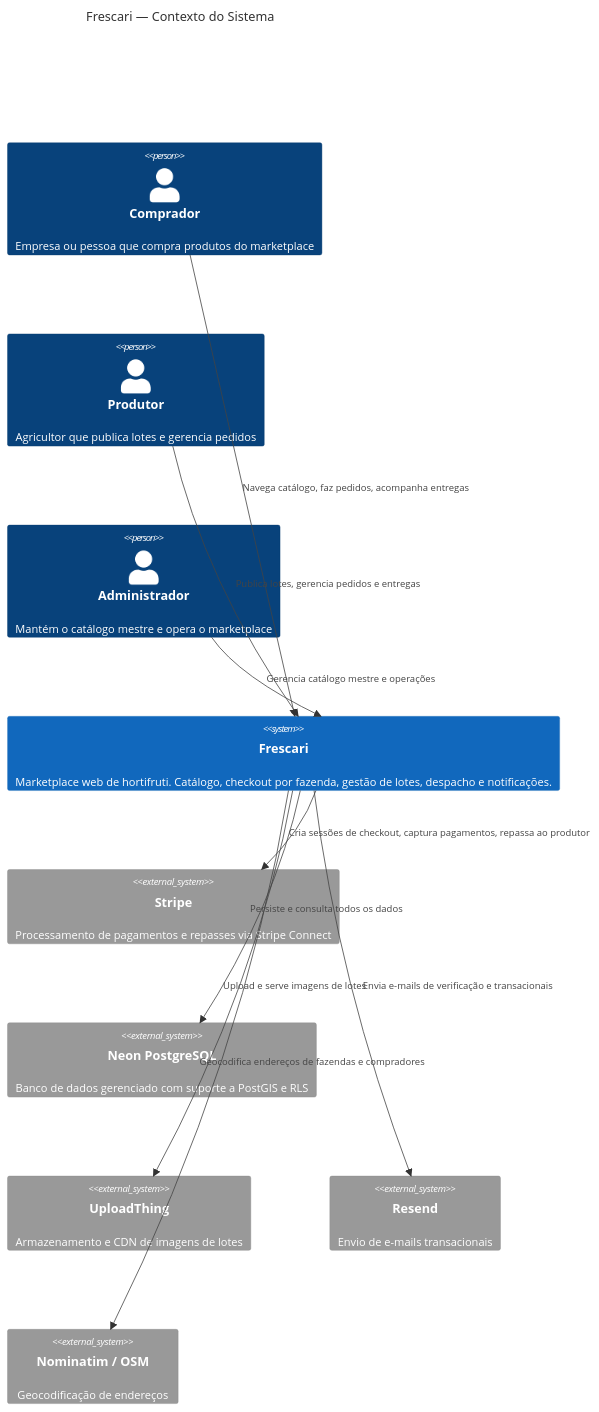
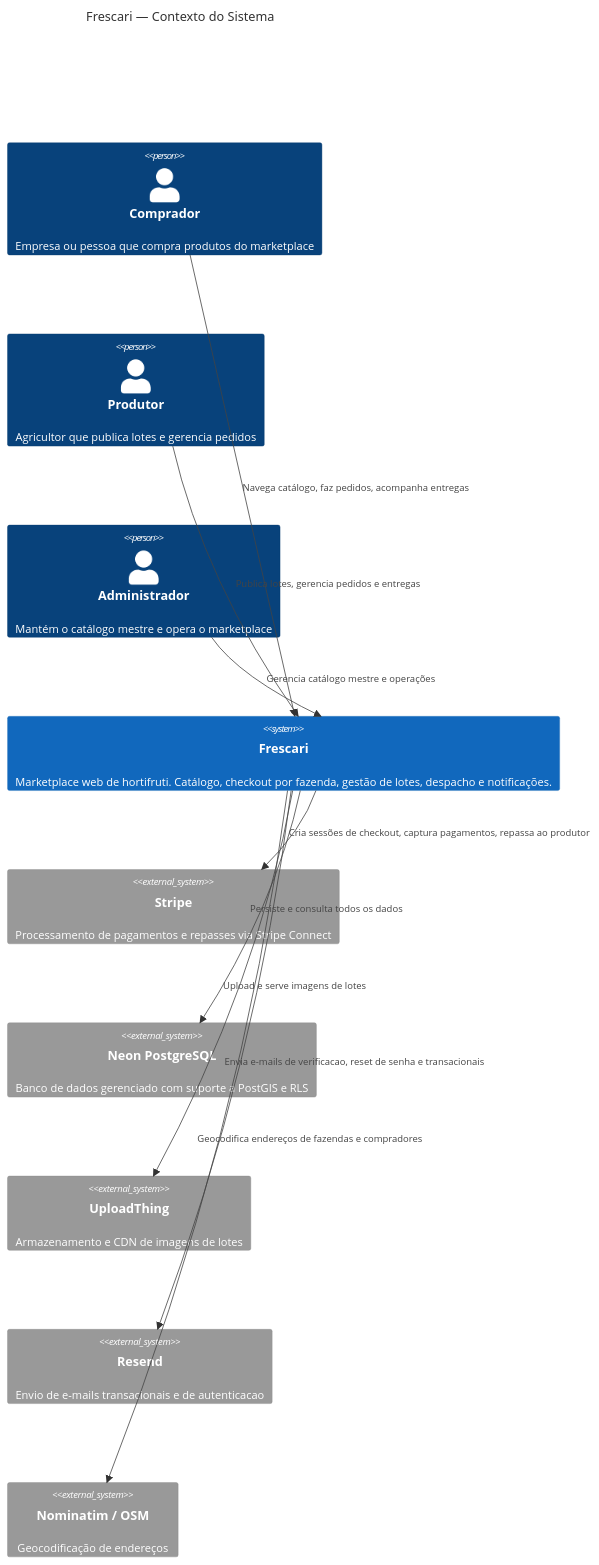
One commit to mateusoliveiradev1/frescari changed the first of 6 diagrams in docs/ARCHITECTURE.md. Above: the diagram before and after it, drawn with Mermaid. The commit also changed other lines of this file and 19 other files, not shown here.

First line of the commit message:
feat(auth): Add password reset flow (#68)

````diff
--- a/docs/ARCHITECTURE.md
+++ b/docs/ARCHITECTURE.md
@@ -27,25 +27,25 @@
 ```mermaid
 C4Context
     title Frescari — Contexto do Sistema
 
     Person(buyer, "Comprador", "Empresa ou pessoa que compra produtos do marketplace")
     Person(producer, "Produtor", "Agricultor que publica lotes e gerencia pedidos")
     Person(admin, "Administrador", "Mantém o catálogo mestre e opera o marketplace")
 
     System(frescari, "Frescari", "Marketplace web de hortifruti. Catálogo, checkout por fazenda, gestão de lotes, despacho e notificações.")
 
     System_Ext(stripe, "Stripe", "Processamento de pagamentos e repasses via Stripe Connect")
     System_Ext(neon, "Neon PostgreSQL", "Banco de dados gerenciado com suporte a PostGIS e RLS")
     System_Ext(uploadthing, "UploadThing", "Armazenamento e CDN de imagens de lotes")
-    System_Ext(resend, "Resend", "Envio de e-mails transacionais")
+    System_Ext(resend, "Resend", "Envio de e-mails transacionais e de autenticacao")
     System_Ext(nominatim, "Nominatim / OSM", "Geocodificação de endereços")
 
     Rel(buyer, frescari, "Navega catálogo, faz pedidos, acompanha entregas")
     Rel(producer, frescari, "Publica lotes, gerencia pedidos e entregas")
     Rel(admin, frescari, "Gerencia catálogo mestre e operações")
     Rel(frescari, stripe, "Cria sessões de checkout, captura pagamentos, repassa ao produtor")
     Rel(frescari, neon, "Persiste e consulta todos os dados")
     Rel(frescari, uploadthing, "Upload e serve imagens de lotes")
-    Rel(frescari, resend, "Envia e-mails de verificação e transacionais")
+    Rel(frescari, resend, "Envia e-mails de verificacao, reset de senha e transacionais")
     Rel(frescari, nominatim, "Geocodifica endereços de fazendas e compradores")
 ```
````
